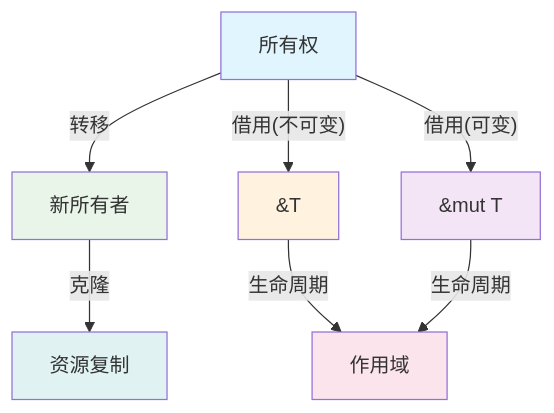
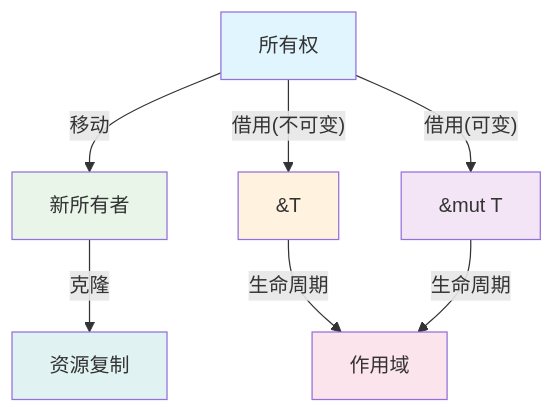
Before and after one commit to martin-ly/rust-lang: the first of 2 diagrams in formal_rust/refactor/01_core_theory/01_variable_system/04_symmetry_principle.md, drawn with Mermaid. The commit also changed other lines of this file and 5740 other files, not shown here.

````diff
--- a/formal_rust/refactor/01_core_theory/01_variable_system/04_symmetry_principle.md
+++ b/formal_rust/refactor/01_core_theory/01_variable_system/04_symmetry_principle.md
@@ -226,16 +226,16 @@
 ```mermaid
 graph TD
-    A[所有权] -- 转移 --> B[新所有者]
+    A[所有权] -- 移动 --> B[新所有者]
     A -- 借用(不可变) --> C[&T]
     A -- 借用(可变) --> D[&mut T]
     B -- 克隆 --> E[资源复制]
     C -- 生命周期 --> F[作用域]
     D -- 生命周期 --> F
     
     style A fill:#e1f5fe
     style B fill:#e8f5e8
     style C fill:#fff3e0
     style D fill:#f3e5f5
     style E fill:#e0f2f1
     style F fill:#fce4ec
 ```
````
